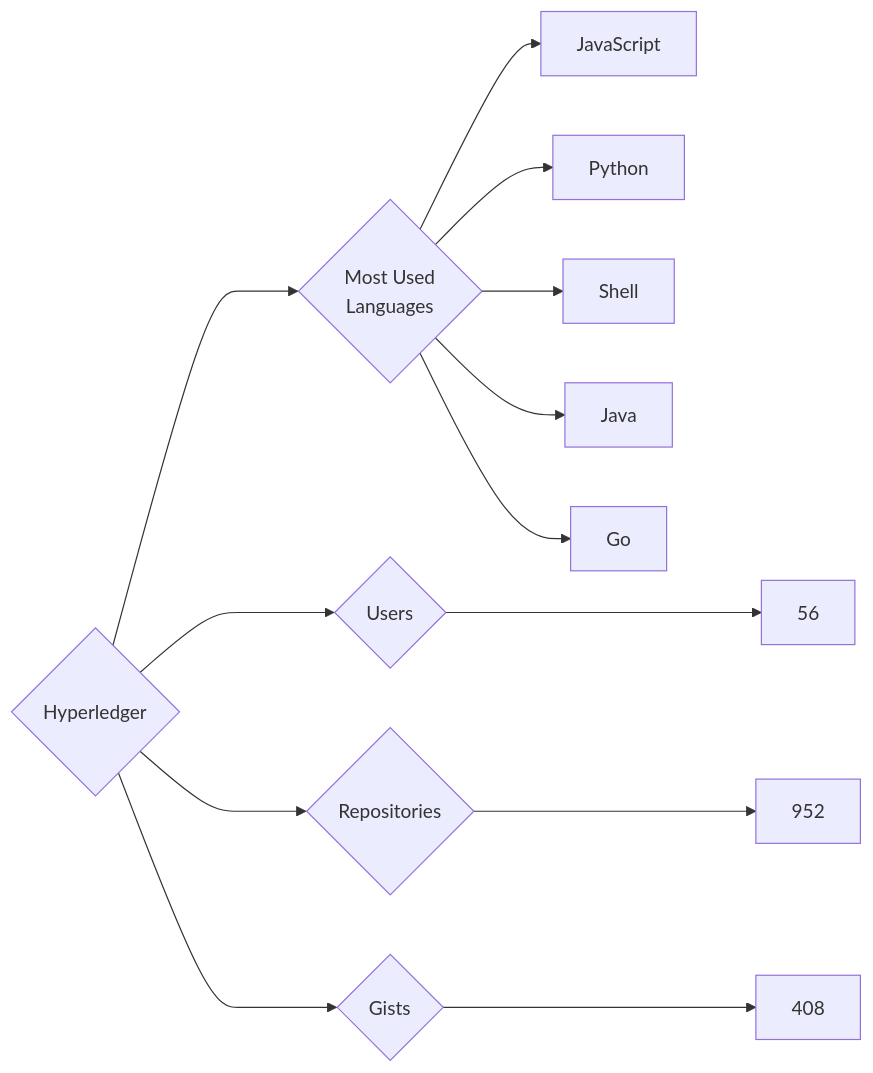
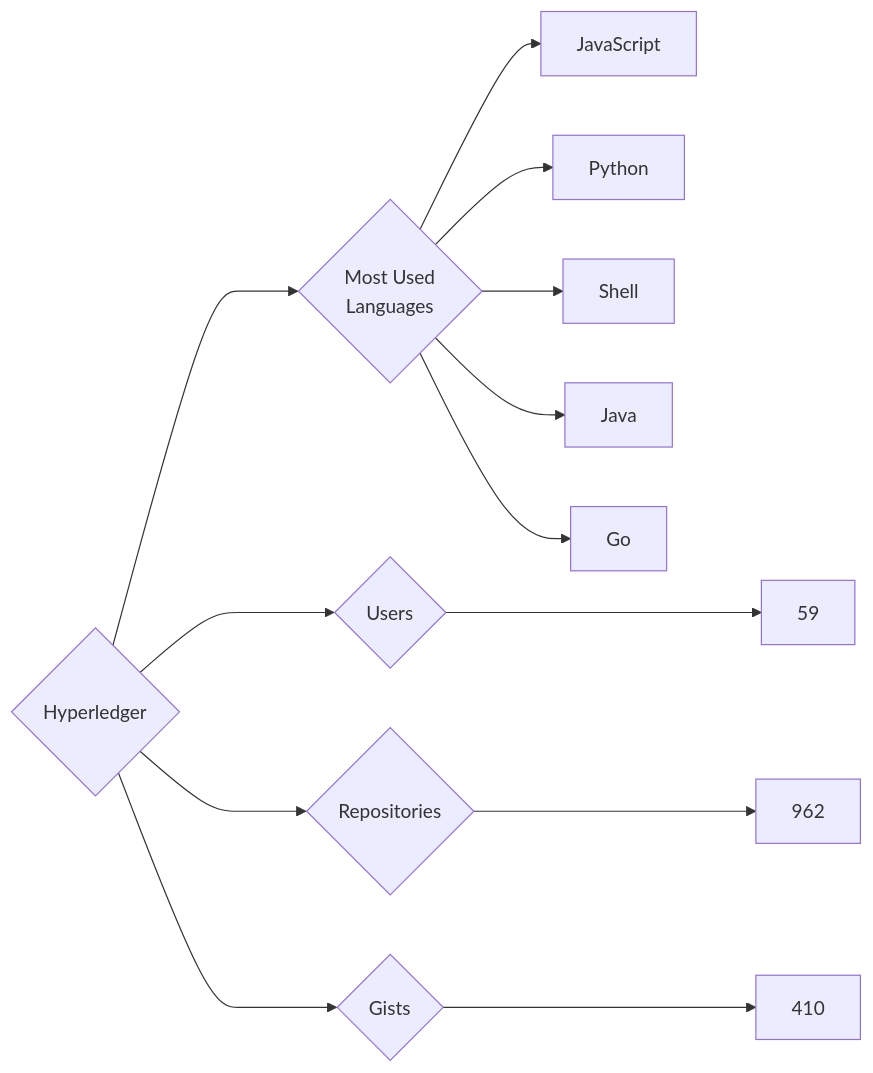
One commit to trickest/insiders changed the diagram in targets/Hyperledger/README.md. Above: the diagram before and after it, drawn with Mermaid. The commit also changed 720 other files, not shown here.

````diff
--- a/targets/Hyperledger/README.md
+++ b/targets/Hyperledger/README.md
@@ -3,13 +3,13 @@
 ```mermaid
 graph LR
 COMPANY_NAME{Hyperledger}
-COMPANY_NAME ---> U{Users} ---> UN[56]
-COMPANY_NAME ---> R{Repositories} ---> RN[952]
-COMPANY_NAME ---> G{Gists} ---> GN[408]
+COMPANY_NAME ---> U{Users} ---> UN[59]
+COMPANY_NAME ---> R{Repositories} ---> RN[962]
+COMPANY_NAME ---> G{Gists} ---> GN[410]
 COMPANY_NAME ---> ML{Most Used<br>Languages}
 ML --> JavaScript[JavaScript]
 ML --> Python[Python]
 ML --> Shell[Shell]
 ML --> Java[Java]
 ML --> Go[Go]
 ```
````
